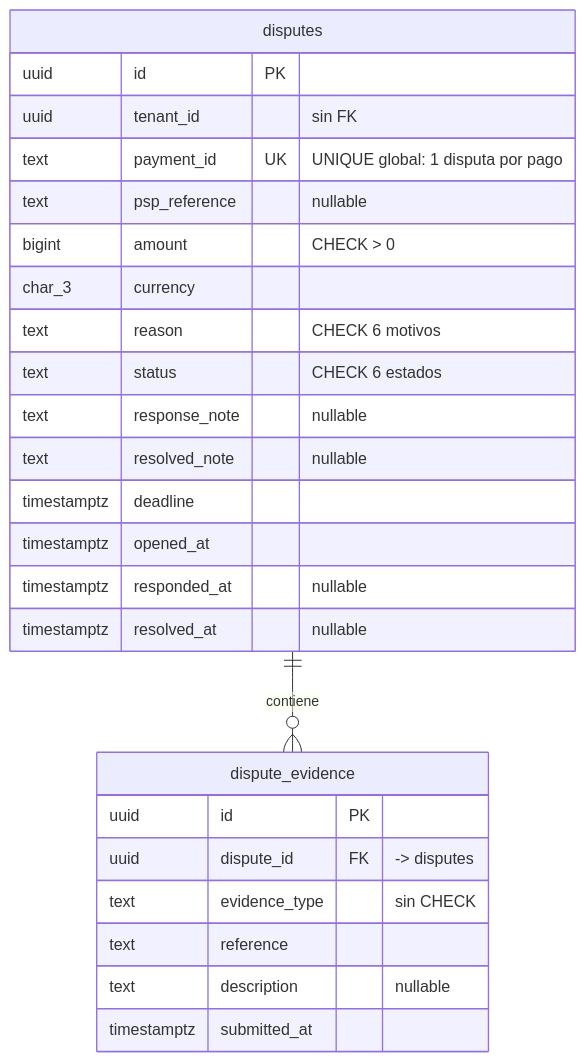
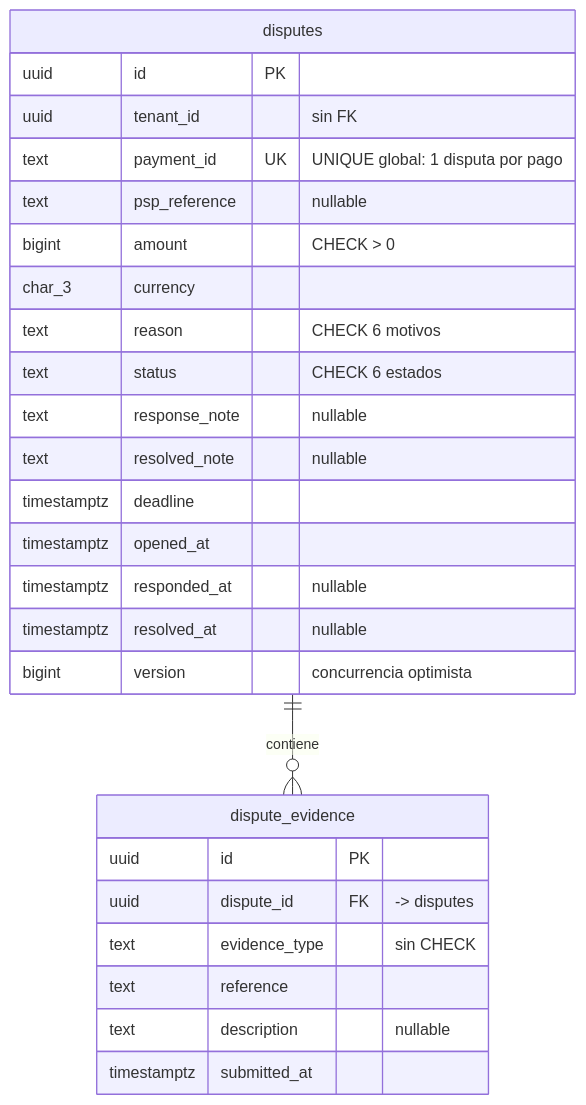
The third of 3 diagrams in docs/technical/DISPUTE.md (juantevez/cobros-platform), drawn with Mermaid before and after one commit. The commit also changed other lines of this file and 11 other files, not shown here.

First line of the commit message:
dispute: concurrencia optimista real con columna version

````diff
--- a/docs/technical/DISPUTE.md
+++ b/docs/technical/DISPUTE.md
@@ -371,28 +372,29 @@
 ```mermaid
 erDiagram
     disputes {
         uuid id PK
         uuid tenant_id "sin FK"
         text payment_id UK "UNIQUE global: 1 disputa por pago"
         text psp_reference "nullable"
         bigint amount "CHECK > 0"
         char_3 currency
         text reason "CHECK 6 motivos"
         text status "CHECK 6 estados"
         text response_note "nullable"
         text resolved_note "nullable"
         timestamptz deadline
         timestamptz opened_at
         timestamptz responded_at "nullable"
         timestamptz resolved_at "nullable"
+        bigint version "concurrencia optimista"
     }
     dispute_evidence {
         uuid id PK
         uuid dispute_id FK "-> disputes"
         text evidence_type "sin CHECK"
         text reference
         text description "nullable"
         timestamptz submitted_at
     }
     disputes ||--o{ dispute_evidence : "contiene"
 ```
````
